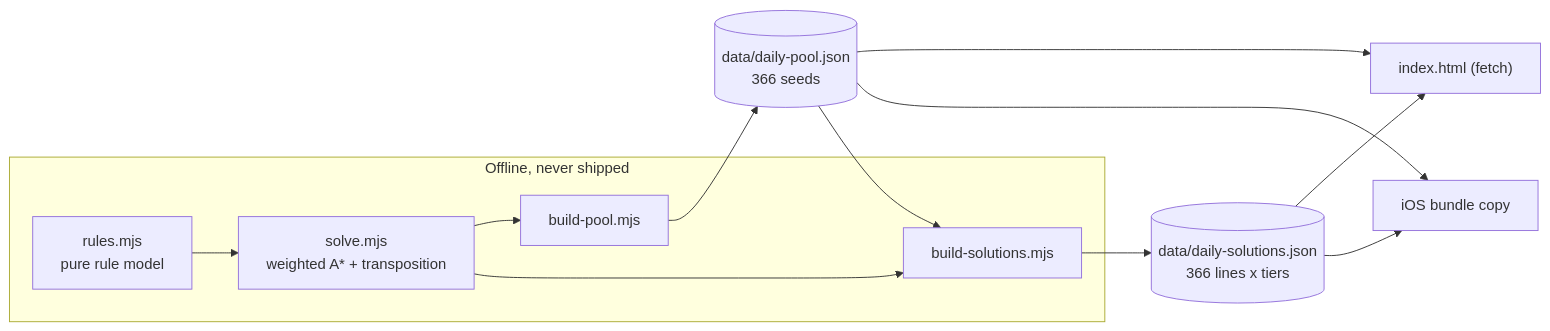
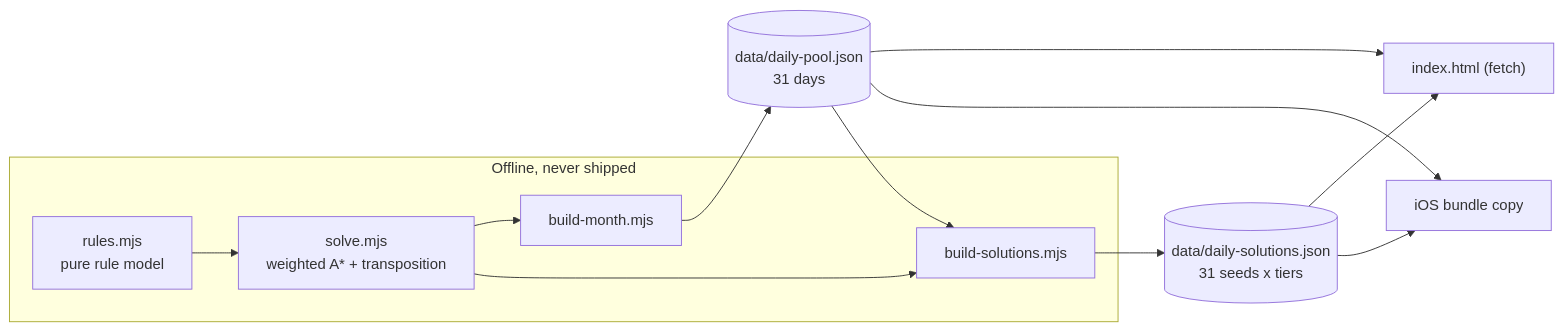
One commit to peterlit/cardgame changed the sixth of 6 diagrams in docs/architecture/overview.md. Above: the diagram before and after it, drawn with Mermaid. The commit also changed other lines of this file and 1 other file, not shown here.

First line of the commit message:
docs: bring the architecture docs onto the recut daily system

````diff
--- a/docs/architecture/overview.md
+++ b/docs/architecture/overview.md
@@ -285,23 +284,23 @@
 ```mermaid
 flowchart LR
     subgraph Offline["Offline, never shipped"]
         Rules["rules.mjs<br/>pure rule model"]
         Solve["solve.mjs<br/>weighted A* + transposition"]
-        BP["build-pool.mjs"]
+        BP["build-month.mjs"]
         BS["build-solutions.mjs"]
     end
 
-    Pool[("data/daily-pool.json<br/>366 seeds")]
-    Sol[("data/daily-solutions.json<br/>366 lines x tiers")]
+    Pool[("data/daily-pool.json<br/>31 days")]
+    Sol[("data/daily-solutions.json<br/>31 seeds x tiers")]
 
     Rules --> Solve
     Solve --> BP
     Solve --> BS
     BP --> Pool
     Pool --> BS
     BS --> Sol
     Pool --> WebApp["index.html (fetch)"]
     Sol --> WebApp
     Pool --> IOS["iOS bundle copy"]
     Sol --> IOS
 ```
````
